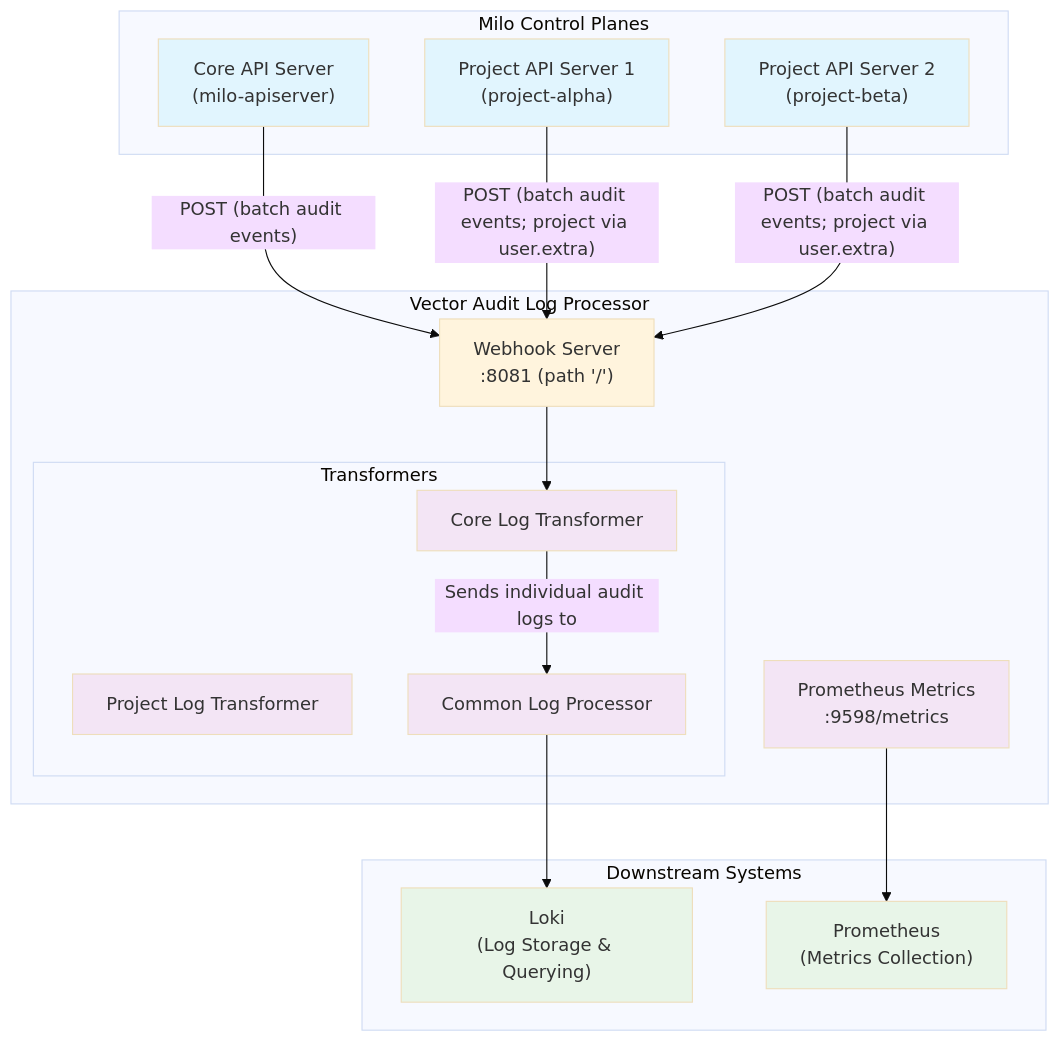
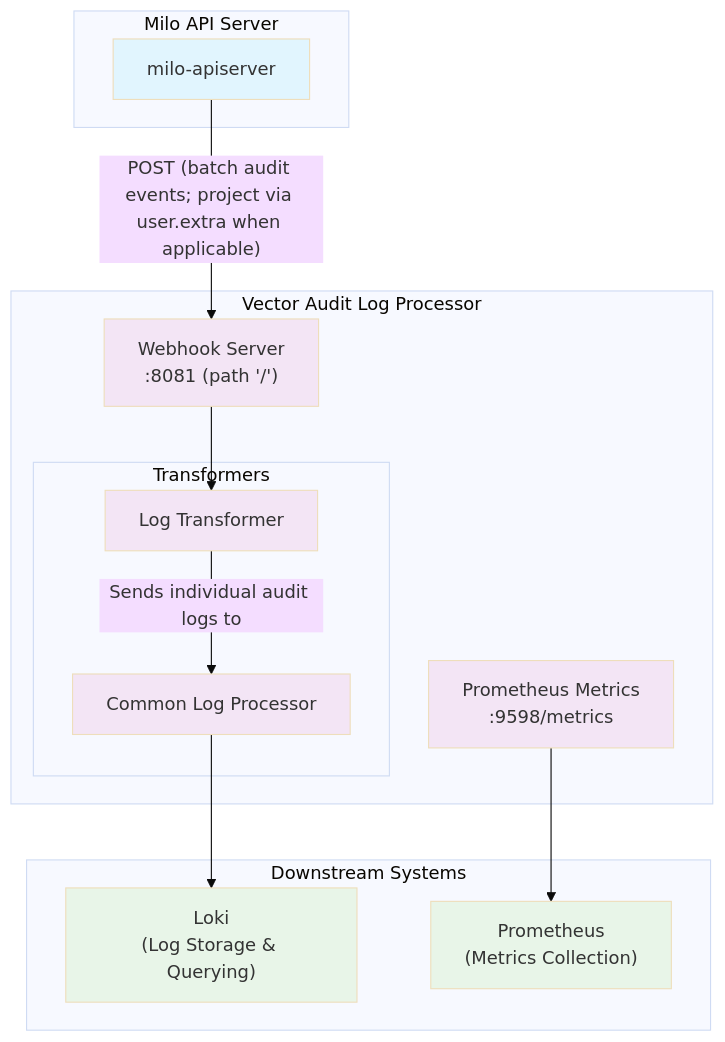
Before and after one commit to datum-cloud/milo: the diagram in config/telemetry/vector-audit-log-processor/README.md, drawn with Mermaid (base theme). The commit also changed other lines of this file, not shown here.

Commit message:
fix: graph readme for audit

````diff
--- a/config/telemetry/vector-audit-log-processor/README.md
+++ b/config/telemetry/vector-audit-log-processor/README.md
@@ -15,49 +15,44 @@
 ```mermaid
 
 graph TB
-    subgraph "Milo Control Planes"
-        CoreAPI["Core API Server<br/>(milo-apiserver)"]
-        ProjAPI1["Project API Server 1<br/>(project-alpha)"]
-        ProjAPI2["Project API Server 2<br/>(project-beta)"]
+    subgraph "Milo API Server"
+        MiloAPI["milo-apiserver"]
     end
 
     subgraph "Vector Audit Log Processor"
         Webhook["Webhook Server<br/>:8081 (path '/')"]
 
         subgraph "Transformers"
-            CoreTransform["Core Log Transformer"]
-            ProjTransform["Project Log Transformer"]
+            Transform["Log Transformer"]
             CommonProcessor["Common Log Processor"]
         end
 
         Metrics["Prometheus Metrics<br/>:9598/metrics"]
     end
 
     subgraph "Downstream Systems"
         Loki["Loki<br/>(Log Storage & Querying)"]
         Prometheus["Prometheus<br/>(Metrics Collection)"]
     end
 
     %% API Server to Vector connections
-    CoreAPI -->|"POST (batch audit events)"| Webhook
-    ProjAPI1 -->|"POST (batch audit events; project via user.extra)"| Webhook
-    ProjAPI2 -->|"POST (batch audit events; project via user.extra)"| Webhook
+    MiloAPI -->|"POST (batch audit events; project via user.extra when applicable)"| Webhook
 
     %% Vector processing flow
-    Webhook --> CoreTransform
-    CoreTransform --> |Sends individual audit logs to| CommonProcessor
+    Webhook --> Transform
+    Transform --> |Sends individual audit logs to| CommonProcessor
 
     %% Output to downstream systems
     CommonProcessor --> Loki
 
     Metrics --> Prometheus
 
     %% Styling
     classDef apiServer fill:#e1f5fe
     classDef vector fill:#f3e5f5
     classDef downstream fill:#e8f5e8
 
-    class CoreAPI,ProjAPI1,ProjAPI2 apiServer
-    class CoreWebhook,ProjWebhook,CoreTransform,ProjTransform,CommonProcessor,Metrics vector
+    class MiloAPI apiServer
+    class Webhook,Transform,CommonProcessor,Metrics vector
     class Loki,Prometheus downstream
 ```
````
